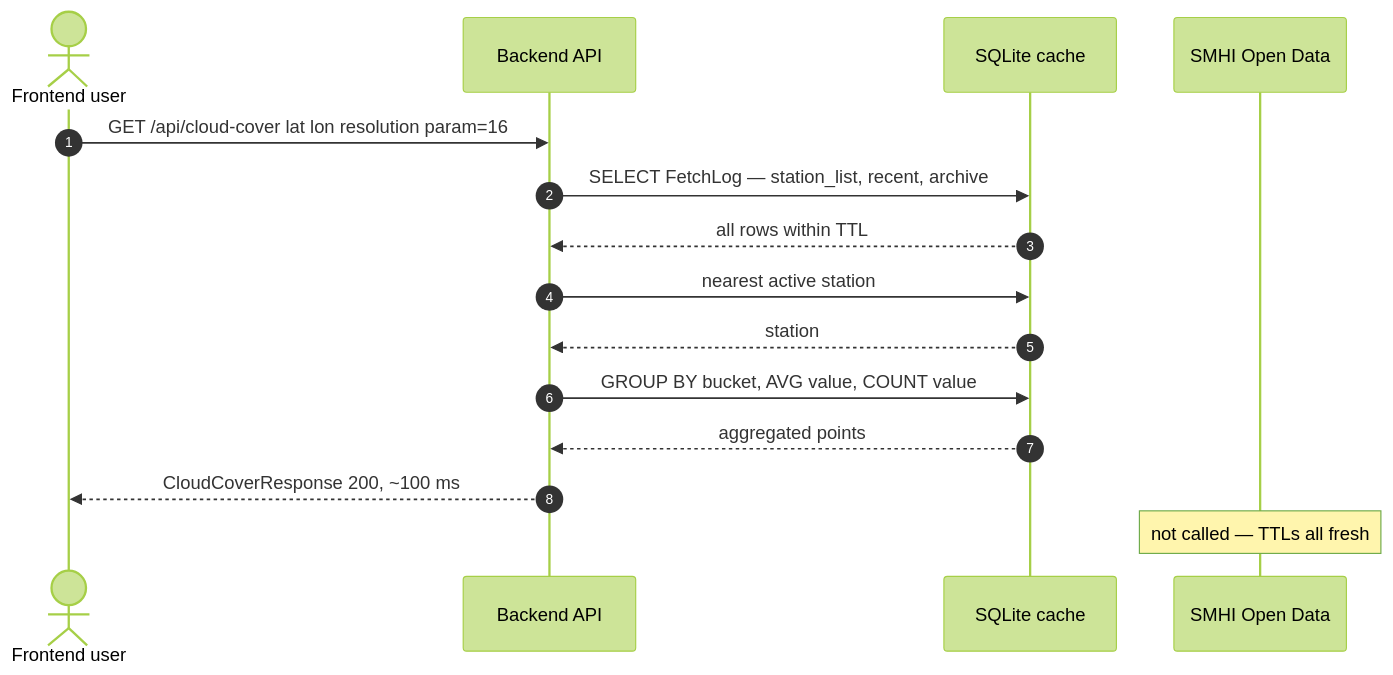
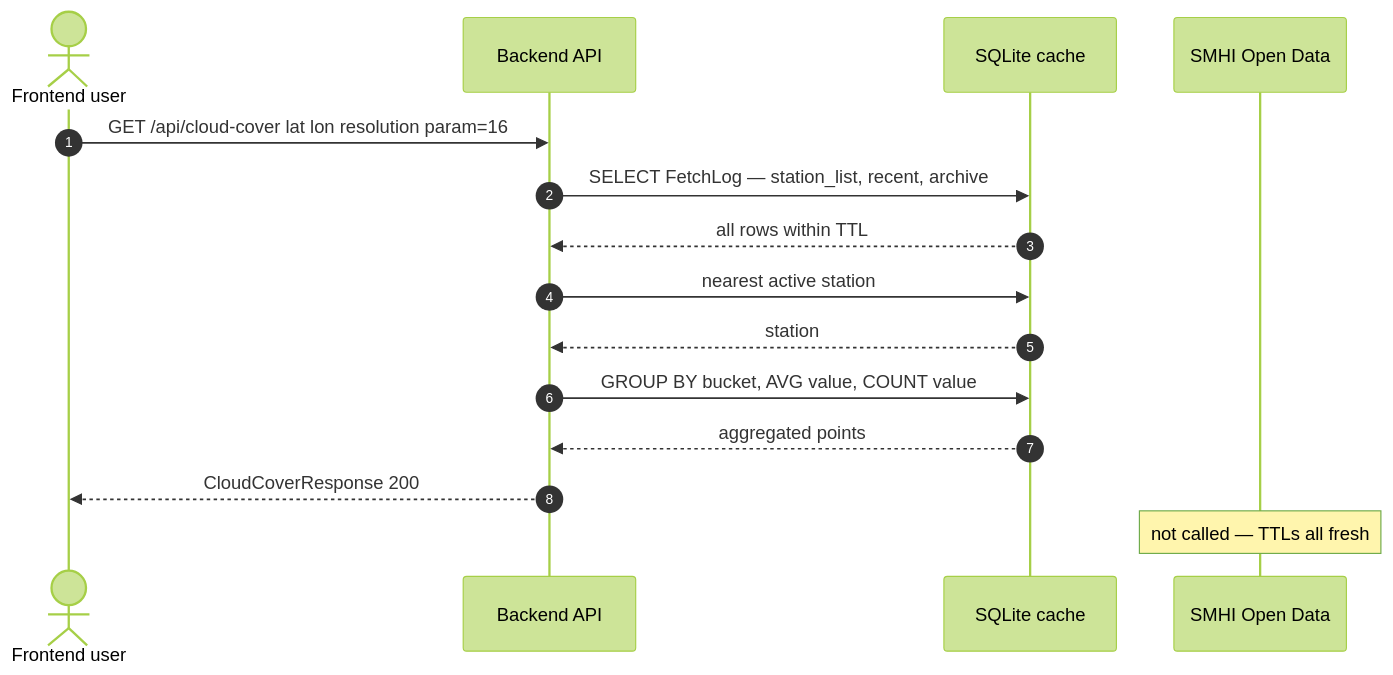
The second of 3 diagrams in README.md (KlasWa/meteo-map-lab), drawn with Mermaid (forest theme) before and after one commit. The commit also changed other lines of this file and 8 other files, not shown here.

````diff
--- a/README.md
+++ b/README.md
@@ -127,18 +126,18 @@
 ```mermaid
 sequenceDiagram
     autonumber
     actor User as Frontend user
     participant API as Backend API
     participant DB as SQLite cache
     participant SMHI as SMHI Open Data
 
     User->>API: GET /api/cloud-cover lat lon resolution param=16
     API->>DB: SELECT FetchLog — station_list, recent, archive
     DB-->>API: all rows within TTL
     API->>DB: nearest active station
     DB-->>API: station
     API->>DB: GROUP BY bucket, AVG value, COUNT value
     DB-->>API: aggregated points
-    API-->>User: CloudCoverResponse 200, ~100 ms
+    API-->>User: CloudCoverResponse 200
     Note over SMHI: not called — TTLs all fresh
 ```
````
